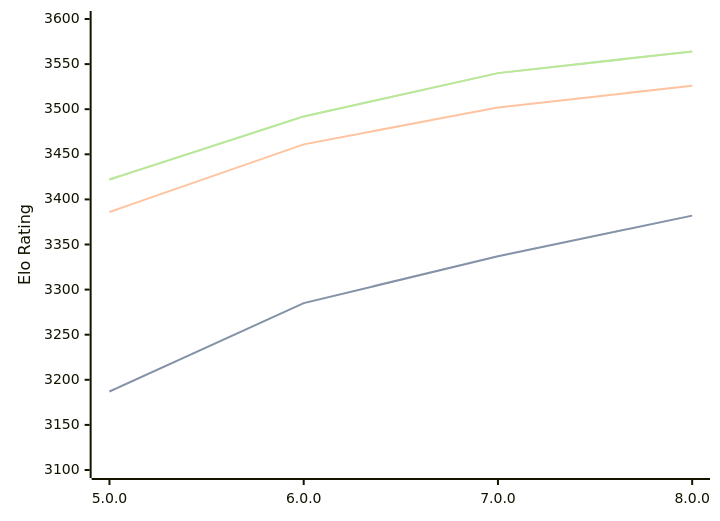
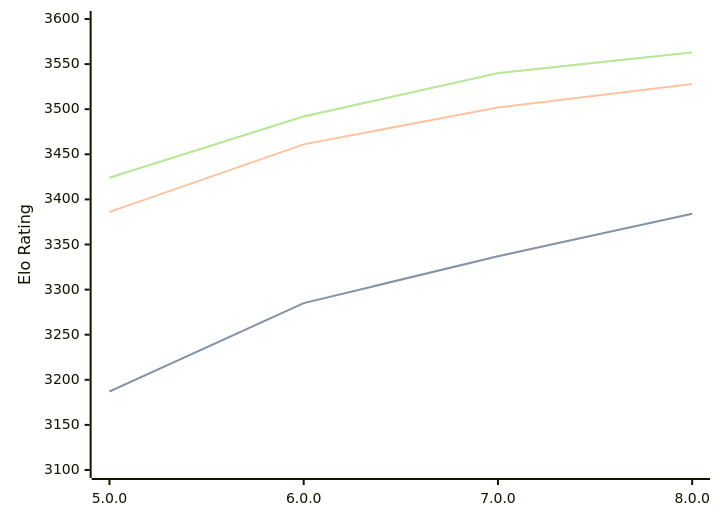
Before and after one commit to computer-chess-index/cci: the diagram in engines/Stormphrax.md, drawn with Mermaid. The commit also changed other lines of this file, not shown here.

Commit message:
Update CCI Ratings (ELO VLTC) - 2026-07-22

````diff
--- a/engines/Stormphrax.md
+++ b/engines/Stormphrax.md
@@ -39,11 +39,11 @@
 ```mermaid
 %%{init: {"theme":"base","themeVariables":{"seriesColors:['#a3a3a3','#222221','#faa371']}}}%%
 xychart-beta
   x-axis ["5.0.0", "6.0.0", "7.0.0", "8.0.0"]
   y-axis "Elo Rating" 3100 --> 3600
-  line "STC (8.0+0.08s)" [3187, 3285, 3337, 3382]
-  line "STC (8.0+0.08s)" [3187, 3285, 3337, 3382]
-  line "LTC (60.0+0.60s)" [3386, 3461, 3502, 3526]
-  line "VLTC (2m24s+1.12s)" [3422, 3492, 3540, 3564]
-  line "VLTC (2m24s+1.12s)" [3422, 3492, 3540, 3564]
+  line "STC (8.0+0.08s)" [3187, 3285, 3337, 3384]
+  line "STC (8.0+0.08s)" [3187, 3285, 3337, 3384]
+  line "LTC (60.0+0.60s)" [3386, 3461, 3502, 3528]
+  line "VLTC (2m24s+1.12s)" [3424, 3492, 3540, 3563]
+  line "VLTC (2m24s+1.12s)" [3424, 3492, 3540, 3563]
 ```
````
